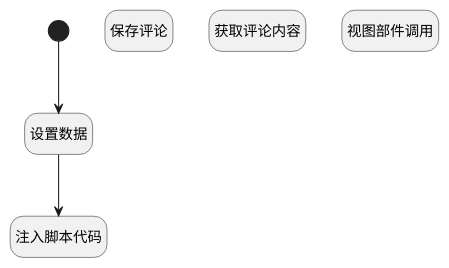
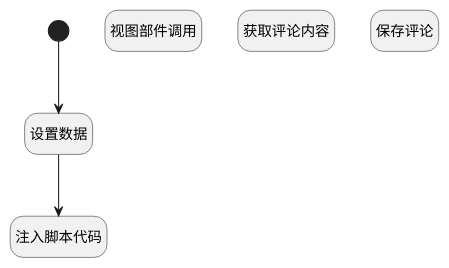
One commit to iBizLab/plm changed the diagram in doc/docsify/module/Team/discuss_post/uilogic/send_comment.md. Above: the diagram before and after it, drawn with PlantUML. The commit also changed other lines of this file and 1473 other files, not shown here.

````diff
--- a/doc/docsify/module/Team/discuss_post/uilogic/send_comment.md
+++ b/doc/docsify/module/Team/discuss_post/uilogic/send_comment.md
@@ -7,24 +7,24 @@
 ```plantuml
 @startuml
 hide footbox
 <style>
 root {
   HyperlinkColor #42b983
 }
 </style>
 
 hide empty description
 state "开始" as Begin <<start>> [[$./send_comment#begin {开始}]]
-state "保存评论" as DEACTION1  [[$./send_comment#deaction1 {保存评论}]]
-state "获取评论内容" as PREPAREJSPARAM1  [[$./send_comment#preparejsparam1 {获取评论内容}]]
 state "设置数据" as PREPAREJSPARAM2  [[$./send_comment#preparejsparam2 {设置数据}]]
 state "注入脚本代码" as RAWJSCODE1  [[$./send_comment#rawjscode1 {注入脚本代码}]]
 state "视图部件调用" as VIEWCTRLINVOKE1  [[$./send_comment#viewctrlinvoke1 {视图部件调用}]]
+state "获取评论内容" as PREPAREJSPARAM1  [[$./send_comment#preparejsparam1 {获取评论内容}]]
+state "保存评论" as DEACTION1  [[$./send_comment#deaction1 {保存评论}]]
 
 
 Begin --> PREPAREJSPARAM2
 PREPAREJSPARAM2 --> RAWJSCODE1
 
 
 @enduml
 ```
````
